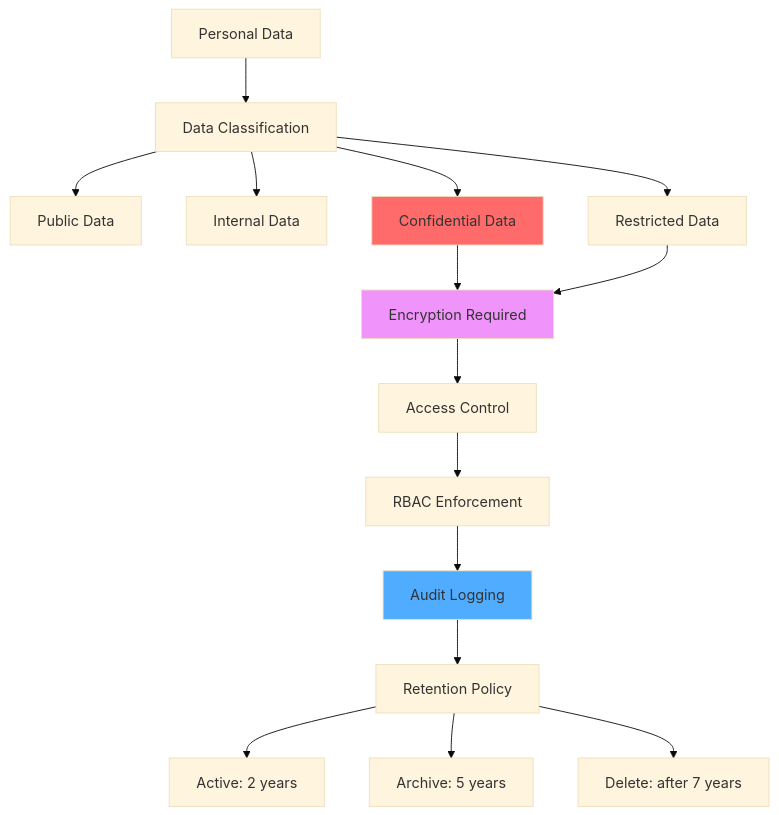
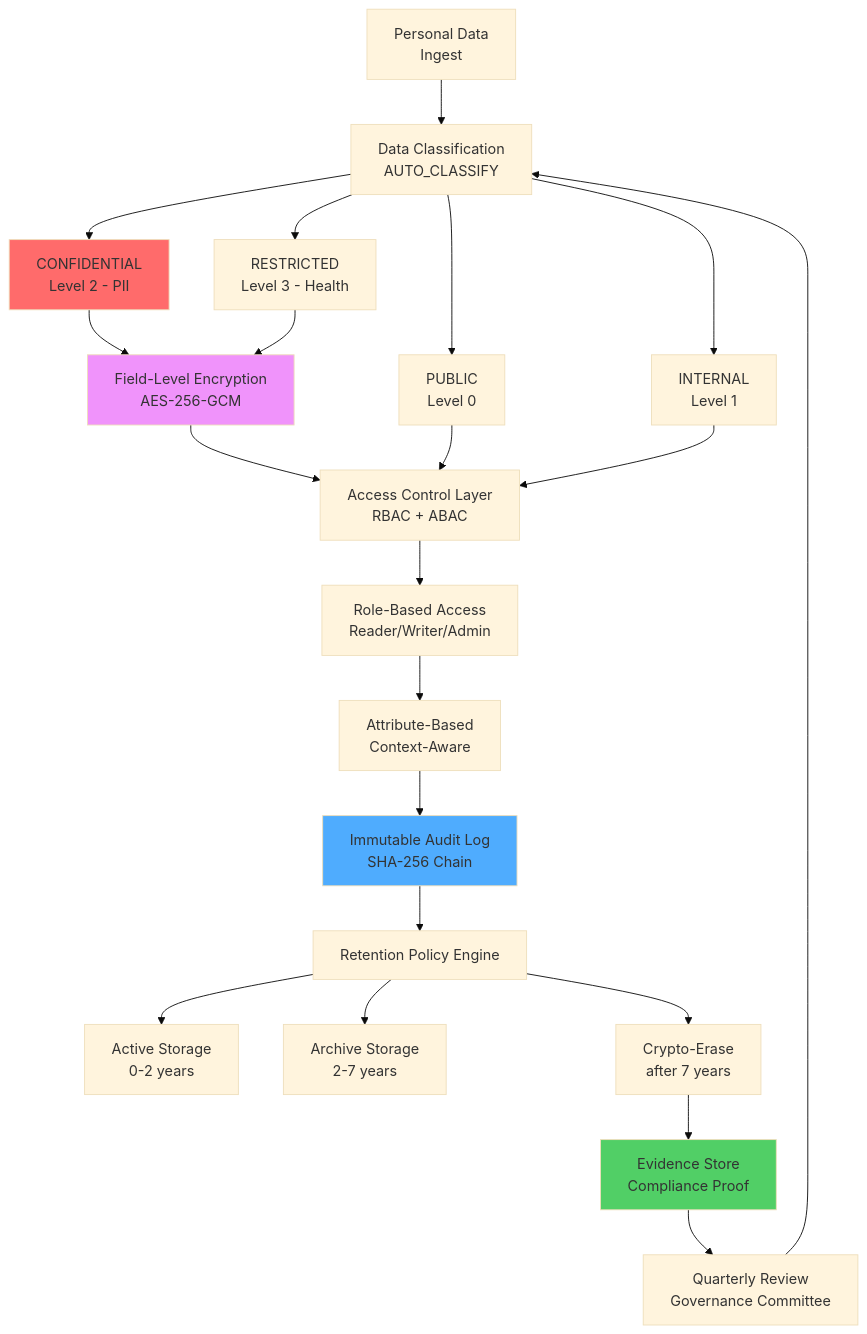
Before and after one commit to makr-code/ThemisDB: the first of 2 diagrams in compendium/docs/chapter_40_data_governance_compliance.md, drawn with Mermaid (base theme). The commit also changed other lines of this file and 1 other file, not shown here.

Commit message:
Stage 2 in progress: Improve Chapter 40 - Data Governance & Compliance with all 11 dimensions

````diff
--- a/compendium/docs/chapter_40_data_governance_compliance.md
+++ b/compendium/docs/chapter_40_data_governance_compliance.md
@@ -23,26 +18,35 @@
 ```mermaid
 graph TB
-    Data[Personal Data] --> Classification[Data Classification]
+    Data[Personal Data<br/>Ingest] --> Classification[Data Classification<br/>AUTO_CLASSIFY]
     
-    Classification --> Public[Public Data]
-    Classification --> Internal[Internal Data]
-    Classification --> Confidential[Confidential Data]
-    Classification --> Restricted[Restricted Data]
+    Classification --> Public[PUBLIC<br/>Level 0]
+    Classification --> Internal[INTERNAL<br/>Level 1]
+    Classification --> Confidential[CONFIDENTIAL<br/>Level 2 - PII]
+    Classification --> Restricted[RESTRICTED<br/>Level 3 - Health]
     
-    Confidential --> Encrypt[Encryption Required]
+    Confidential --> Encrypt[Field-Level Encryption<br/>AES-256-GCM]
     Restricted --> Encrypt
     
-    Encrypt --> Access[Access Control]
-    Access --> RBAC[RBAC Enforcement]
+    Encrypt --> Access[Access Control Layer<br/>RBAC + ABAC]
+    Public --> Access
+    Internal --> Access
     
-    RBAC --> Audit[Audit Logging]
-    Audit --> Retention[Retention Policy]
+    Access --> RBAC[Role-Based Access<br/>Reader/Writer/Admin]
+    RBAC --> ABAC[Attribute-Based<br/>Context-Aware]
     
-    Retention --> Active[Active: 2 years]
-    Retention --> Archive[Archive: 5 years]
-    Retention --> Delete[Delete: after 7 years]
+    ABAC --> Audit[Immutable Audit Log<br/>SHA-256 Chain]
+    Audit --> Retention[Retention Policy Engine]
+    
+    Retention --> Active[Active Storage<br/>0-2 years]
+    Retention --> Archive[Archive Storage<br/>2-7 years]
+    Retention --> Delete[Crypto-Erase<br/>after 7 years]
+    
+    Delete --> Evidence[Evidence Store<br/>Compliance Proof]
+    Evidence --> Review[Quarterly Review<br/>Governance Committee]
+    Review --> Classification
     
     style Confidential fill:#ff6b6b
     style Encrypt fill:#f093fb
     style Audit fill:#4facfe
+    style Evidence fill:#51cf66
 ```
````
